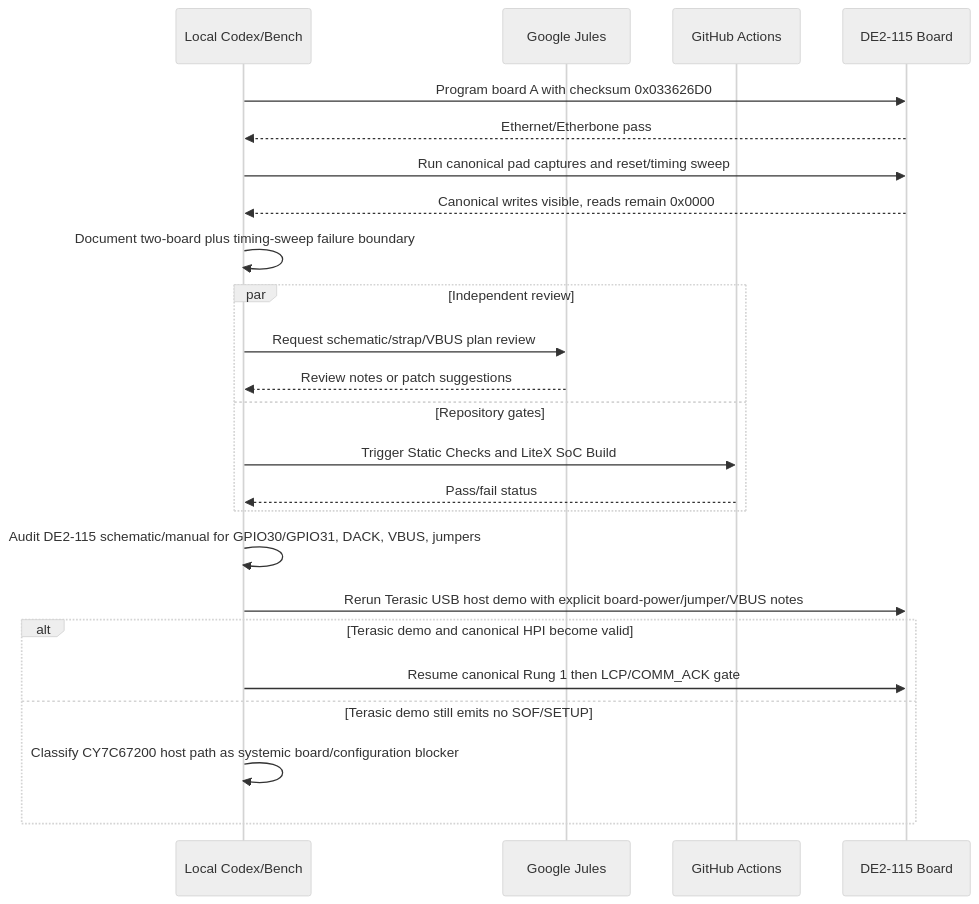
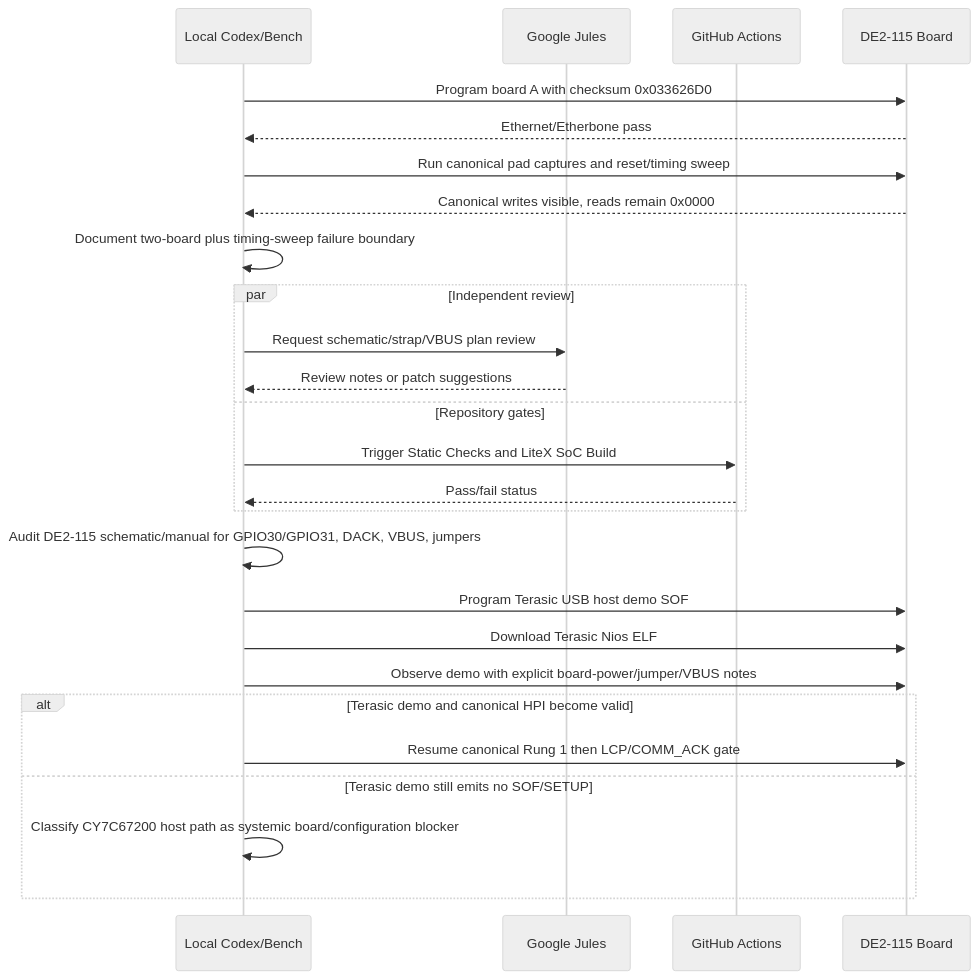
Before and after one commit to SemperSupra/DE2-115: the second of 2 diagrams in ORCHESTRATION_PLAN.md, drawn with Mermaid (neutral theme). The commit also changed other lines of this file and 4 other files, not shown here.

Commit message:
Document Terasic USB host demo audit blocker

````diff
--- a/ORCHESTRATION_PLAN.md
+++ b/ORCHESTRATION_PLAN.md
@@ -72,27 +75,29 @@
 ```mermaid
 sequenceDiagram
     participant Local as Local Codex/Bench
     participant Jules as Google Jules
     participant CI as GitHub Actions
     participant Board as DE2-115 Board
 
     Local->>Board: Program board A with checksum 0x033626D0
     Board-->>Local: Ethernet/Etherbone pass
     Local->>Board: Run canonical pad captures and reset/timing sweep
     Board-->>Local: Canonical writes visible, reads remain 0x0000
     Local->>Local: Document two-board plus timing-sweep failure boundary
     par Independent review
         Local->>Jules: Request schematic/strap/VBUS plan review
         Jules-->>Local: Review notes or patch suggestions
     and Repository gates
         Local->>CI: Trigger Static Checks and LiteX SoC Build
         CI-->>Local: Pass/fail status
     end
     Local->>Local: Audit DE2-115 schematic/manual for GPIO30/GPIO31, DACK, VBUS, jumpers
-    Local->>Board: Rerun Terasic USB host demo with explicit board-power/jumper/VBUS notes
+    Local->>Board: Program Terasic USB host demo SOF
+    Local->>Board: Download Terasic Nios ELF
+    Local->>Board: Observe demo with explicit board-power/jumper/VBUS notes
     alt Terasic demo and canonical HPI become valid
         Local->>Board: Resume canonical Rung 1 then LCP/COMM_ACK gate
     else Terasic demo still emits no SOF/SETUP
         Local->>Local: Classify CY7C67200 host path as systemic board/configuration blocker
     end
 ```
````
